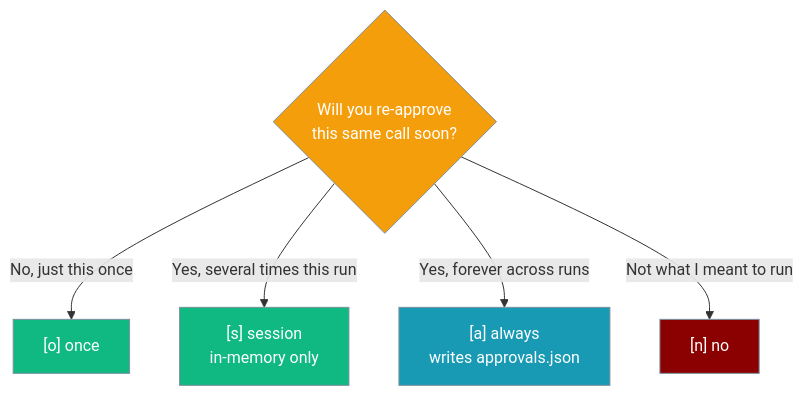
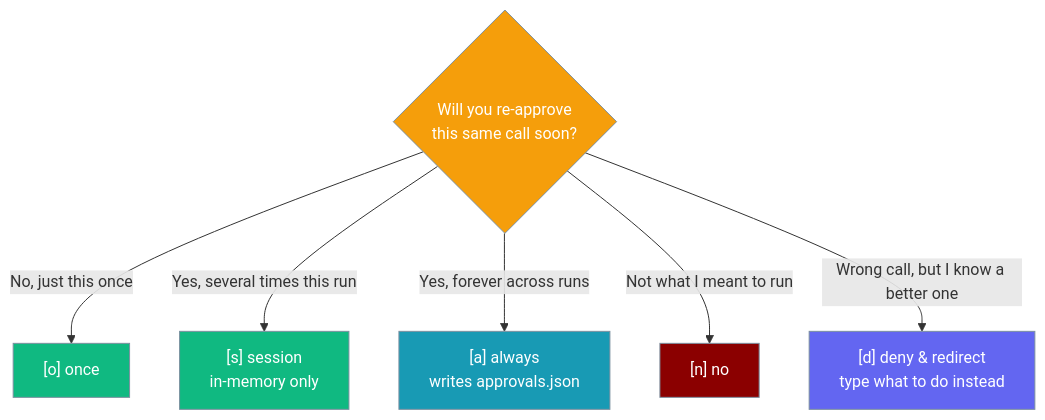
Before and after one commit to MervinPraison/PraisonAIDocs: the third of 7 diagrams in docs/features/interactive-approval.mdx, drawn with Mermaid. The commit also changed other lines of this file and 5 other files, not shown here.

First line of the commit message:
docs: add [d] deny & redirect to interactive approval prompt (fixes #3097)

````diff
--- a/docs/features/interactive-approval.mdx
+++ b/docs/features/interactive-approval.mdx
@@ -136,18 +146,21 @@
 ```mermaid
 graph TB
     Q{Will you re-approve<br/>this same call soon?}
     Q -->|No, just this once| O["[o] once"]
     Q -->|Yes, several times this run| S["[s] session<br/>in-memory only"]
     Q -->|Yes, forever across runs| A["[a] always<br/>writes approvals.json"]
     Q -->|Not what I meant to run| N["[n] no"]
+    Q -->|Wrong call, but I know a better one| D["[d] deny & redirect<br/>type what to do instead"]
 
     classDef q fill:#F59E0B,stroke:#7C90A0,color:#fff
     classDef safe fill:#10B981,stroke:#7C90A0,color:#fff
     classDef persist fill:#189AB4,stroke:#7C90A0,color:#fff
     classDef deny fill:#8B0000,stroke:#7C90A0,color:#fff
+    classDef redirect fill:#6366F1,stroke:#7C90A0,color:#fff
 
     class Q q
     class O,S safe
     class A persist
     class N deny
+    class D redirect
 ```
````
